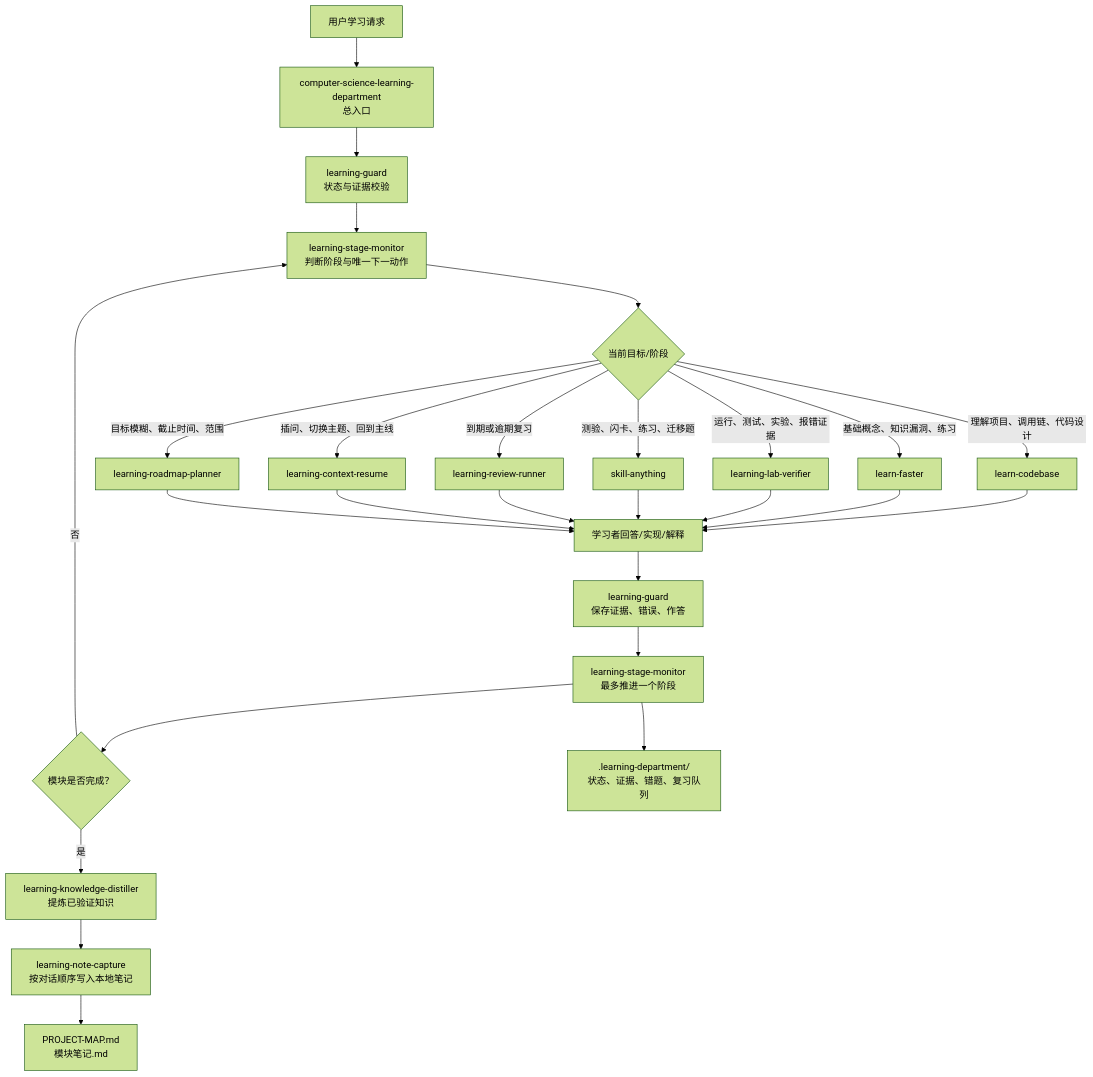
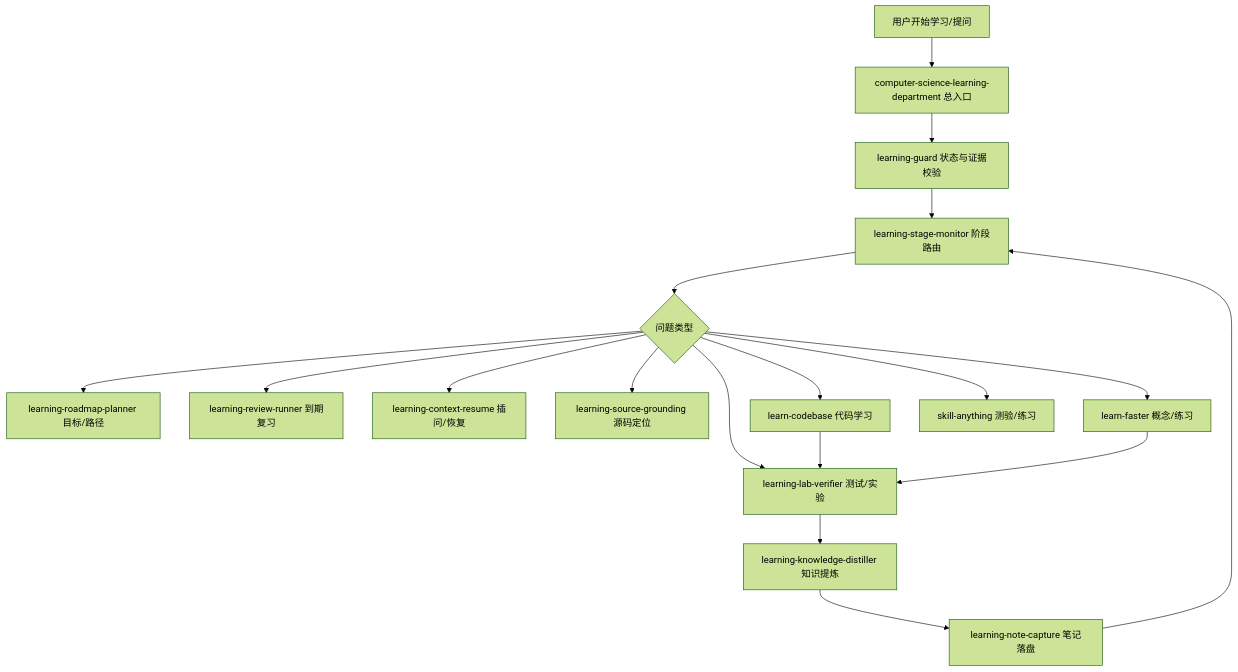
One commit to agooll/Obsidian_vault changed the diagram in 毕业设计项目-testteller-agent-main/skill调用触发.md. Above: the diagram before and after it, drawn with Mermaid (forest theme).

Commit message:
vault backup: 2026-07-21 22:35:22

````diff
--- a/毕业设计项目-testteller-agent-main/skill调用触发.md
+++ b/毕业设计项目-testteller-agent-main/skill调用触发.md
@@ -1,37 +1,22 @@
 ```mermaid
 flowchart TD
-    A["用户学习请求"] --> B["computer-science-learning-department<br/>总入口"]
+    A["用户开始学习/提问"] --> B["computer-science-learning-department 总入口"]
+    B --> C["learning-guard 状态与证据校验"]
+    C --> D["learning-stage-monitor 阶段路由"]
+    D --> E{"问题类型"}
 
-    B --> C["learning-guard<br/>状态与证据校验"]
-    C --> D["learning-stage-monitor<br/>判断阶段与唯一下一动作"]
+    E --> F["learning-roadmap-planner 目标/路径"]
+    E --> G["learning-review-runner 到期复习"]
+    E --> H["learning-context-resume 插问/恢复"]
+    E --> I["learning-source-grounding 源码定位"]
+    E --> J["learn-codebase 代码学习"]
+    E --> K["learn-faster 概念/练习"]
+    E --> L["learning-lab-verifier 测试/实验"]
+    E --> M["skill-anything 测验/练习"]
 
-    D --> E{"当前目标/阶段"}
-
-    E -->|目标模糊、截止时间、范围| F["learning-roadmap-planner"]
-    E -->|理解项目、调用链、代码设计| G["learn-codebase"]
-    E -->|基础概念、知识漏洞、练习| H["learn-faster"]
-    E -->|运行、测试、实验、报错证据| I["learning-lab-verifier"]
-    E -->|测验、闪卡、练习、迁移题| J["skill-anything"]
-    E -->|到期或逾期复习| K["learning-review-runner"]
-    E -->|插问、切换主题、回到主线| L["learning-context-resume"]
-
-    G --> M["学习者回答/实现/解释"]
-    H --> M
-    I --> M
-    J --> M
-    K --> M
-    L --> M
-    F --> M
-
-    M --> N["learning-guard<br/>保存证据、错误、作答"]
-    N --> O["learning-stage-monitor<br/>最多推进一个阶段"]
-
-    O --> P{"模块是否完成？"}
-
-    P -->|否| D
-    P -->|是| Q["learning-knowledge-distiller<br/>提炼已验证知识"]
-    Q --> R["learning-note-capture<br/>按对话顺序写入本地笔记"]
-    R --> S["PROJECT-MAP.md<br/>模块笔记.md"]
-
-    O --> T[".learning-department/<br/>状态、证据、错题、复习队列"]
+    J --> L
+    K --> L
+    L --> N["learning-knowledge-distiller 知识提炼"]
+    N --> O["learning-note-capture 笔记落盘"]
+    O --> D
 ```
````
